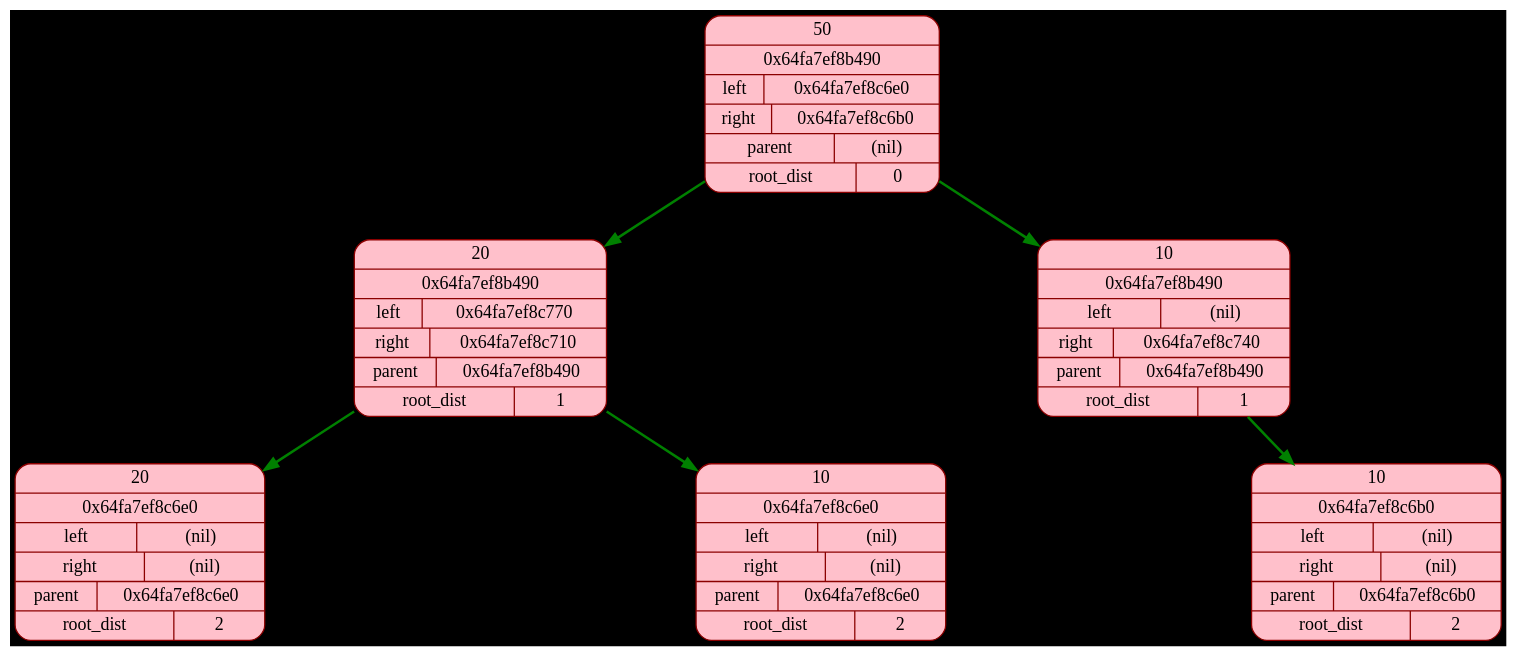
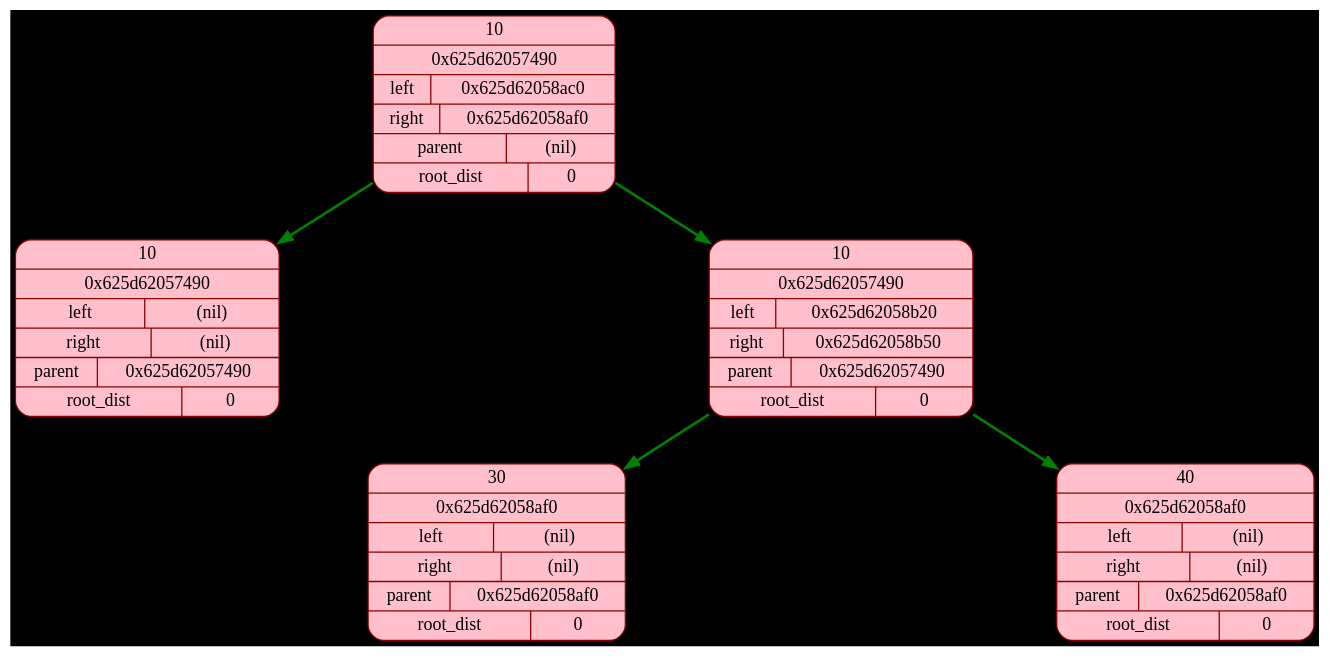
The diagram in Tree.dot (Arti-catt/Wood), drawn with Graphviz before and after one commit. The commit also changed 20 other files, not shown here.

```diff
--- a/Tree.dot
+++ b/Tree.dot
@@ -1,40 +1,35 @@
 digraph G {
+	size="18,14";
 	graph [nodesep = 1.0];
 	bgcolor = "black";
 	rankdir = TB;
 	node [shape = Mrecord, color = darkred, style = filled, fillcolor = pink];
 	edge [color = "green", penwidth = 2];
 
-	node0x64fa7ef8b490 [label = "{{50} | {0x64fa7ef8b490} | {left | 0x64fa7ef8c6e0} | {right | 0x64fa7ef8c6b0} | {parent | (nil)} | {root_dist | 0}}"];
-	{rank = 0; node0x64fa7ef8b490;}
-	node0x64fa7ef8c6e0 [label = "{{20} | {0x64fa7ef8b490} | {left | 0x64fa7ef8c770} | {right | 0x64fa7ef8c710} | {parent | 0x64fa7ef8b490} | {root_dist | 1}}"];
-	{rank = 1; node0x64fa7ef8c6e0;}
-	node0x64fa7ef8b490 -> node0x64fa7ef8c6e0;
+	node0x625d62057490 [label = "{{10} | {0x625d62057490} | {left | 0x625d62058ac0} | {right | 0x625d62058af0} | {parent | (nil)} | {root_dist | 0}}"];
+	{rank = 0; node0x625d62057490;}
+	node0x625d62058ac0 [label = "{{10} | {0x625d62057490} | {left | (nil)} | {right | (nil)} | {parent | 0x625d62057490} | {root_dist | 0}}"];
+	{rank = 0; node0x625d62058ac0;}
+	node0x625d62057490 -> node0x625d62058ac0;
 	node1 [style = invis];
-	{rank = 1; node1;}
-	node0x64fa7ef8b490 -> node1 [color = "transparent"];
-	node0x64fa7ef8c770 [label = "{{20} | {0x64fa7ef8c6e0} | {left | (nil)} | {right | (nil)} | {parent | 0x64fa7ef8c6e0} | {root_dist | 2}}"];
-	{rank = 2; node0x64fa7ef8c770;}
-	node0x64fa7ef8c6e0 -> node0x64fa7ef8c770;
+	{rank = 0; node1;}
+	node0x625d62057490 -> node1 [color = "transparent"];
 	node2 [style = invis];
-	{rank = 2; node2;}
-	node0x64fa7ef8c6e0 -> node2 [color = "transparent"];
+	{rank = 0; node2;}
+	node0x625d62057490 -> node2 [color = "transparent"];
+	node0x625d62058af0 [label = "{{10} | {0x625d62057490} | {left | 0x625d62058b20} | {right | 0x625d62058b50} | {parent | 0x625d62057490} | {root_dist | 0}}"];
+	{rank = 0; node0x625d62058af0;}
+	node0x625d62057490 -> node0x625d62058af0;
+	node0x625d62058b20 [label = "{{30} | {0x625d62058af0} | {left | (nil)} | {right | (nil)} | {parent | 0x625d62058af0} | {root_dist | 0}}"];
+	{rank = 0; node0x625d62058b20;}
+	node0x625d62058af0 -> node0x625d62058b20;
 	node3 [style = invis];
-	{rank = 2; node3;}
-	node0x64fa7ef8c6e0 -> node3 [color = "transparent"];
-	node0x64fa7ef8c710 [label = "{{10} | {0x64fa7ef8c6e0} | {left | (nil)} | {right | (nil)} | {parent | 0x64fa7ef8c6e0} | {root_dist | 2}}"];
-	{rank = 2; node0x64fa7ef8c710;}
-	node0x64fa7ef8c6e0 -> node0x64fa7ef8c710;
+	{rank = 0; node3;}
+	node0x625d62058af0 -> node3 [color = "transparent"];
 	node4 [style = invis];
-	{rank = 1; node4;}
-	node0x64fa7ef8b490 -> node4 [color = "transparent"];
-	node0x64fa7ef8c6b0 [label = "{{10} | {0x64fa7ef8b490} | {left | (nil)} | {right | 0x64fa7ef8c740} | {parent | 0x64fa7ef8b490} | {root_dist | 1}}"];
-	{rank = 1; node0x64fa7ef8c6b0;}
-	node0x64fa7ef8b490 -> node0x64fa7ef8c6b0;
-	node5 [style = invis];
-	{rank = 2; node5;}
-	node0x64fa7ef8c6b0 -> node5 [color = "transparent"];
-	node0x64fa7ef8c740 [label = "{{10} | {0x64fa7ef8c6b0} | {left | (nil)} | {right | (nil)} | {parent | 0x64fa7ef8c6b0} | {root_dist | 2}}"];
-	{rank = 2; node0x64fa7ef8c740;}
-	node0x64fa7ef8c6b0 -> node0x64fa7ef8c740;
+	{rank = 0; node4;}
+	node0x625d62058af0 -> node4 [color = "transparent"];
+	node0x625d62058b50 [label = "{{40} | {0x625d62058af0} | {left | (nil)} | {right | (nil)} | {parent | 0x625d62058af0} | {root_dist | 0}}"];
+	{rank = 0; node0x625d62058b50;}
+	node0x625d62058af0 -> node0x625d62058b50;
 }
```
